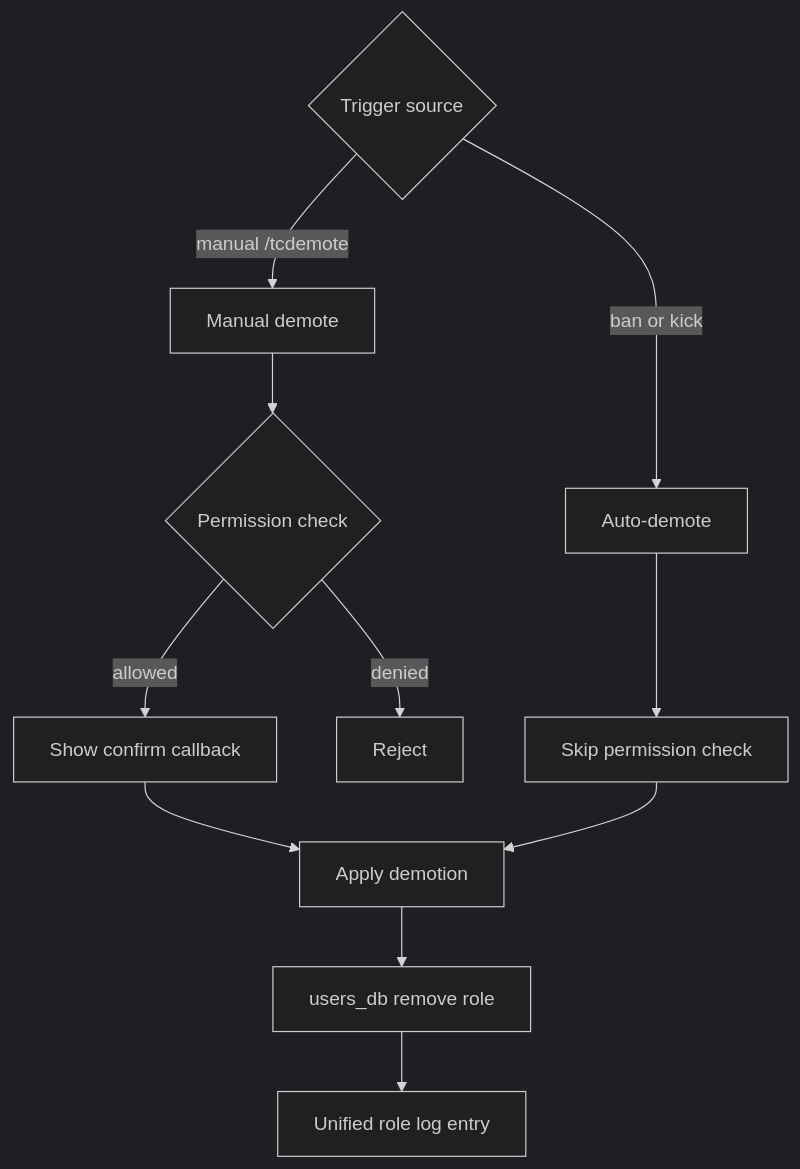
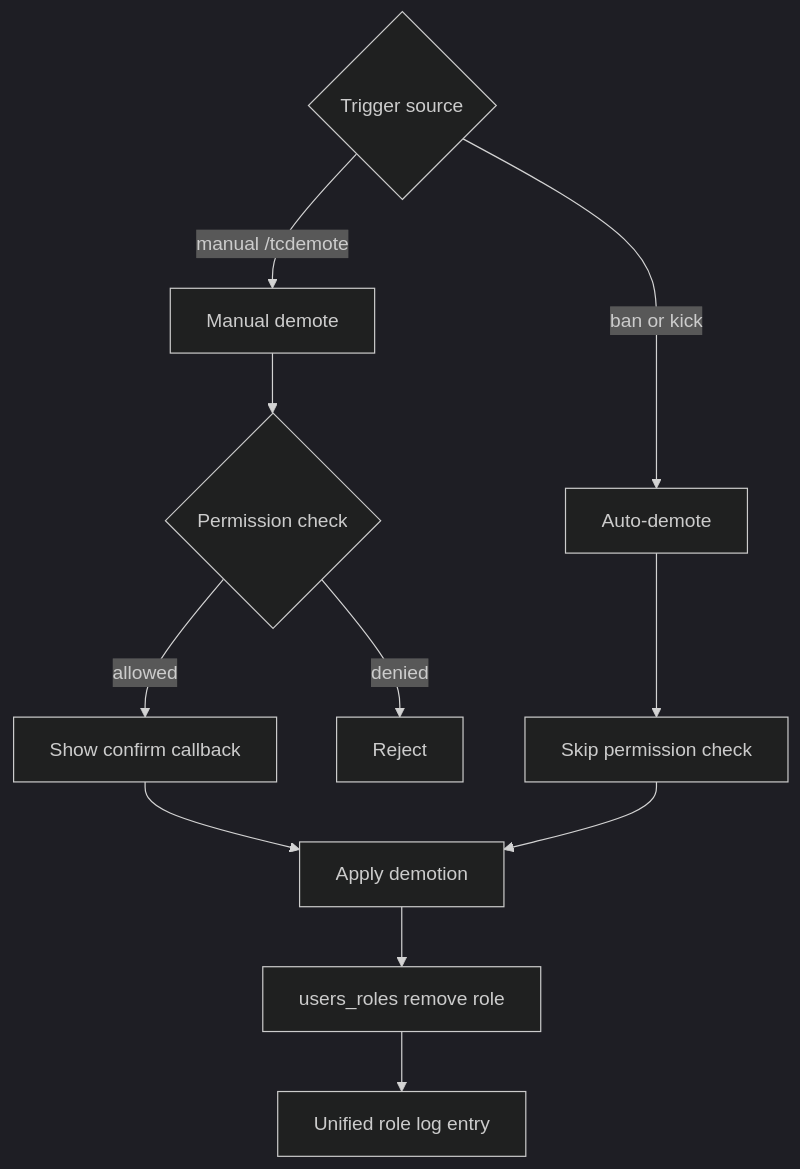
Before and after one commit to D1ZZY4/tcbot: the diagram in docs/demote-detailed.md, drawn with Mermaid (dark theme). The commit also changed other lines of this file and 65 other files, not shown here.

````diff
--- a/docs/demote-detailed.md
+++ b/docs/demote-detailed.md
@@ -7,14 +7,14 @@
 ```mermaid
 flowchart TD
     Trigger{Trigger source}
     Trigger -->|manual /tcdemote| Manual[Manual demote]
     Trigger -->|ban or kick| Auto[Auto-demote]
     Manual --> Permission{Permission check}
     Auto --> SkipPerm[Skip permission check]
     Permission -->|denied| End1[Reject]
     Permission -->|allowed| Confirm[Show confirm callback]
     Confirm --> Apply[Apply demotion]
     SkipPerm --> Apply
-    Apply --> RemoveRole[users_db remove role]
+    Apply --> RemoveRole[users_roles remove role]
     RemoveRole --> Log[Unified role log entry]
 ```
````
